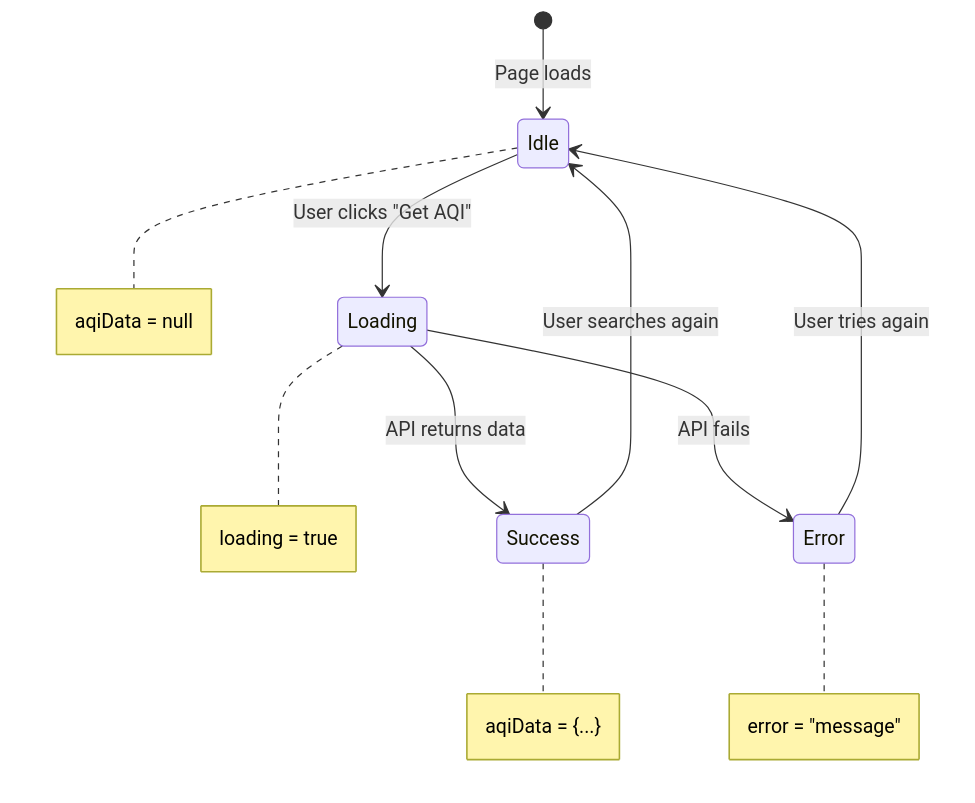
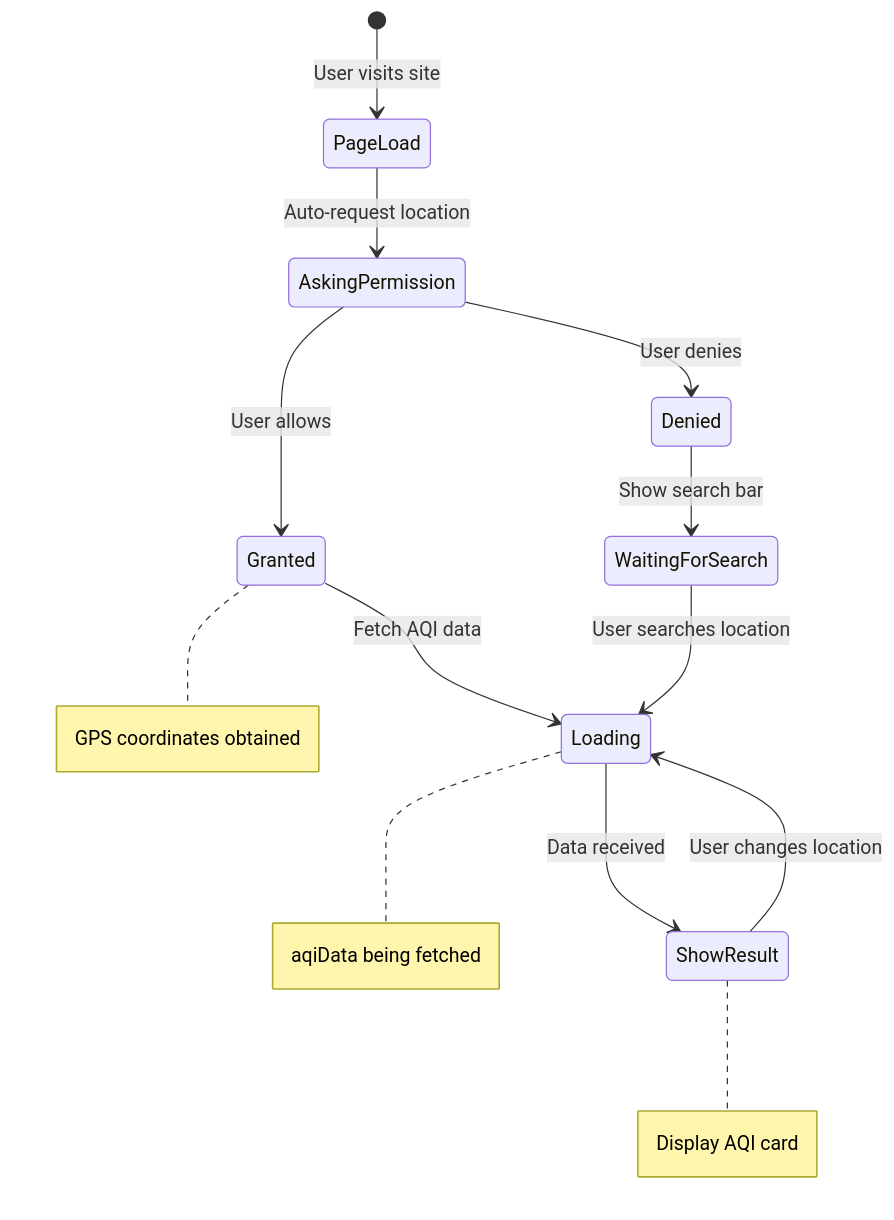
Before and after one commit to theaiguy1987/aqi_app: the fourth of 5 diagrams in frontend/README.md, drawn with Mermaid. The commit also changed other lines of this file and 14 other files, not shown here.

First line of the commit message:
refactor(ui): compact AQI card design and fix mobile dropdown selection

````diff
--- a/frontend/README.md
+++ b/frontend/README.md
@@ -347,14 +422,16 @@
 ```mermaid
 stateDiagram-v2
-    [*] --> Idle: Page loads
-    Idle --> Loading: User clicks "Get AQI"
-    Loading --> Success: API returns data
-    Loading --> Error: API fails
-    Success --> Idle: User searches again
-    Error --> Idle: User tries again
+    [*] --> PageLoad: User visits site
+    PageLoad --> AskingPermission: Auto-request location
+    AskingPermission --> Granted: User allows
+    AskingPermission --> Denied: User denies
+    Granted --> Loading: Fetch AQI data
+    Denied --> WaitingForSearch: Show search bar
+    WaitingForSearch --> Loading: User searches location
+    Loading --> ShowResult: Data received
+    ShowResult --> Loading: User changes location
     
-    note right of Idle: aqiData = null
-    note right of Loading: loading = true
-    note right of Success: aqiData = {...}
-    note right of Error: error = "message"
+    note right of Granted: GPS coordinates obtained
+    note right of Loading: aqiData being fetched
+    note right of ShowResult: Display AQI card
 ```
````
